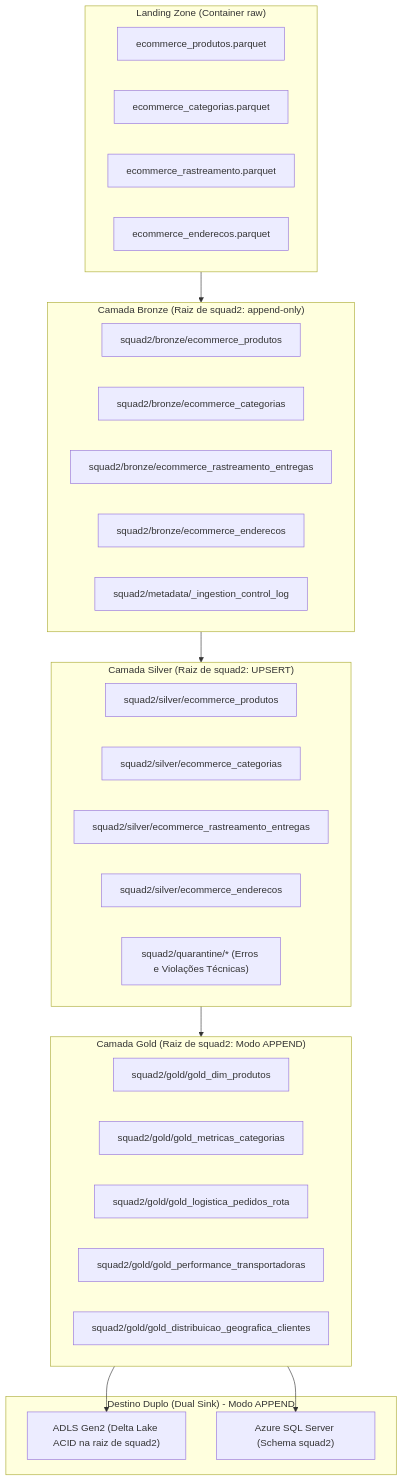
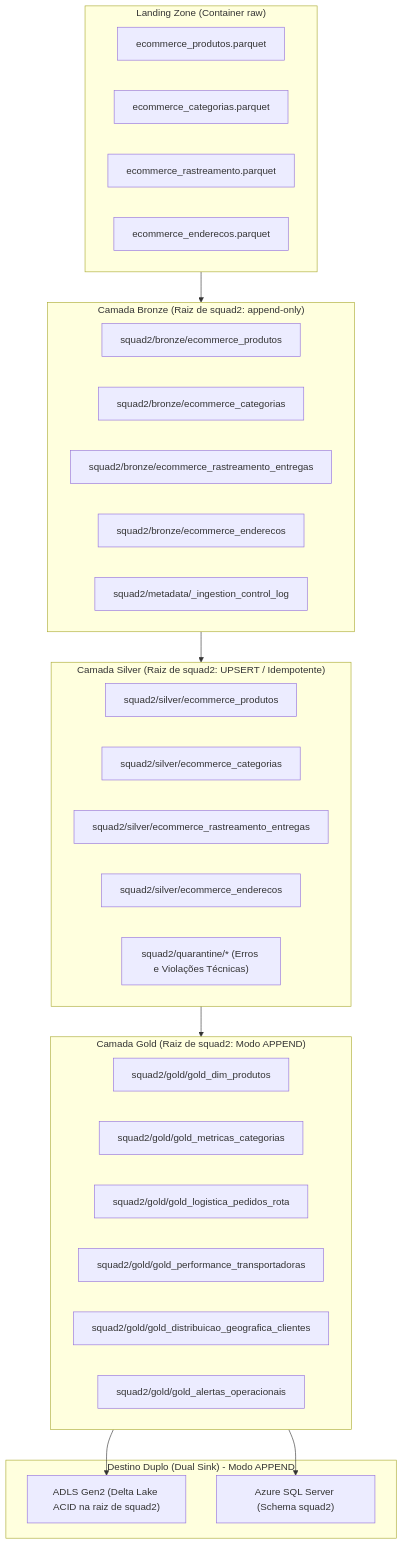
One commit to GeovanyADCancio/estagio-empregadados-turma-2 changed the first of 2 diagrams in squad2/README.md. Above: the diagram before and after it, drawn with Mermaid. The commit also changed other lines of this file, not shown here.

Commit message:
docs(squad2): atualizar README com matriz completa de regras tecnicas, de negocio e os 6 data marts gold

````diff
--- a/squad2/README.md
+++ b/squad2/README.md
@@ -33,44 +33,45 @@
 ```mermaid
 flowchart TD
     subgraph RAW ["Landing Zone (Container raw)"]
         R1["ecommerce_produtos.parquet"]
         R2["ecommerce_categorias.parquet"]
         R3["ecommerce_rastreamento.parquet"]
         R4["ecommerce_enderecos.parquet"]
     end
 
     subgraph BRONZE ["Camada Bronze (Raiz de squad2: append-only)"]
         B1["squad2/bronze/ecommerce_produtos"]
         B2["squad2/bronze/ecommerce_categorias"]
         B3["squad2/bronze/ecommerce_rastreamento_entregas"]
         B4["squad2/bronze/ecommerce_enderecos"]
         B_CTRL["squad2/metadata/_ingestion_control_log"]
     end
 
-    subgraph SILVER ["Camada Silver (Raiz de squad2: UPSERT)"]
+    subgraph SILVER ["Camada Silver (Raiz de squad2: UPSERT / Idempotente)"]
         S1["squad2/silver/ecommerce_produtos"]
         S2["squad2/silver/ecommerce_categorias"]
         S3["squad2/silver/ecommerce_rastreamento_entregas"]
         S4["squad2/silver/ecommerce_enderecos"]
         Q["squad2/quarantine/* (Erros e Violações Técnicas)"]
     end
 
     subgraph GOLD ["Camada Gold (Raiz de squad2: Modo APPEND)"]
         G1["squad2/gold/gold_dim_produtos"]
         G2["squad2/gold/gold_metricas_categorias"]
         G3["squad2/gold/gold_logistica_pedidos_rota"]
         G4["squad2/gold/gold_performance_transportadoras"]
         G5["squad2/gold/gold_distribuicao_geografica_clientes"]
+        G6["squad2/gold/gold_alertas_operacionais"]
     end
 
     subgraph DESTINOS ["Destino Duplo (Dual Sink) - Modo APPEND"]
         D_LAKE["ADLS Gen2 (Delta Lake ACID na raiz de squad2)"]
         D_SQL["Azure SQL Server (Schema squad2)"]
     end
 
     RAW --> BRONZE
     BRONZE --> SILVER
     SILVER --> GOLD
     GOLD --> D_LAKE
     GOLD --> D_SQL
 ```
````
